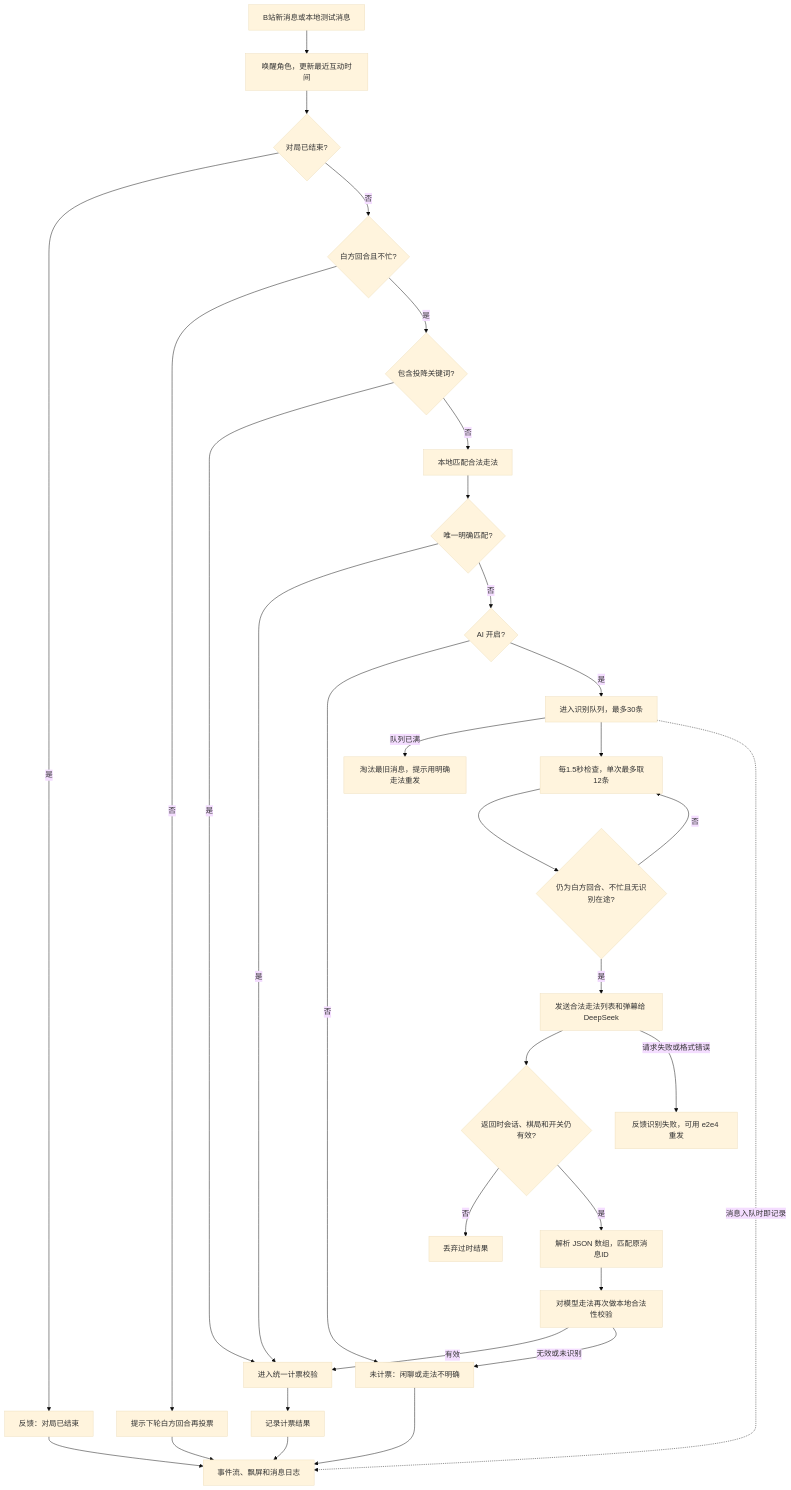
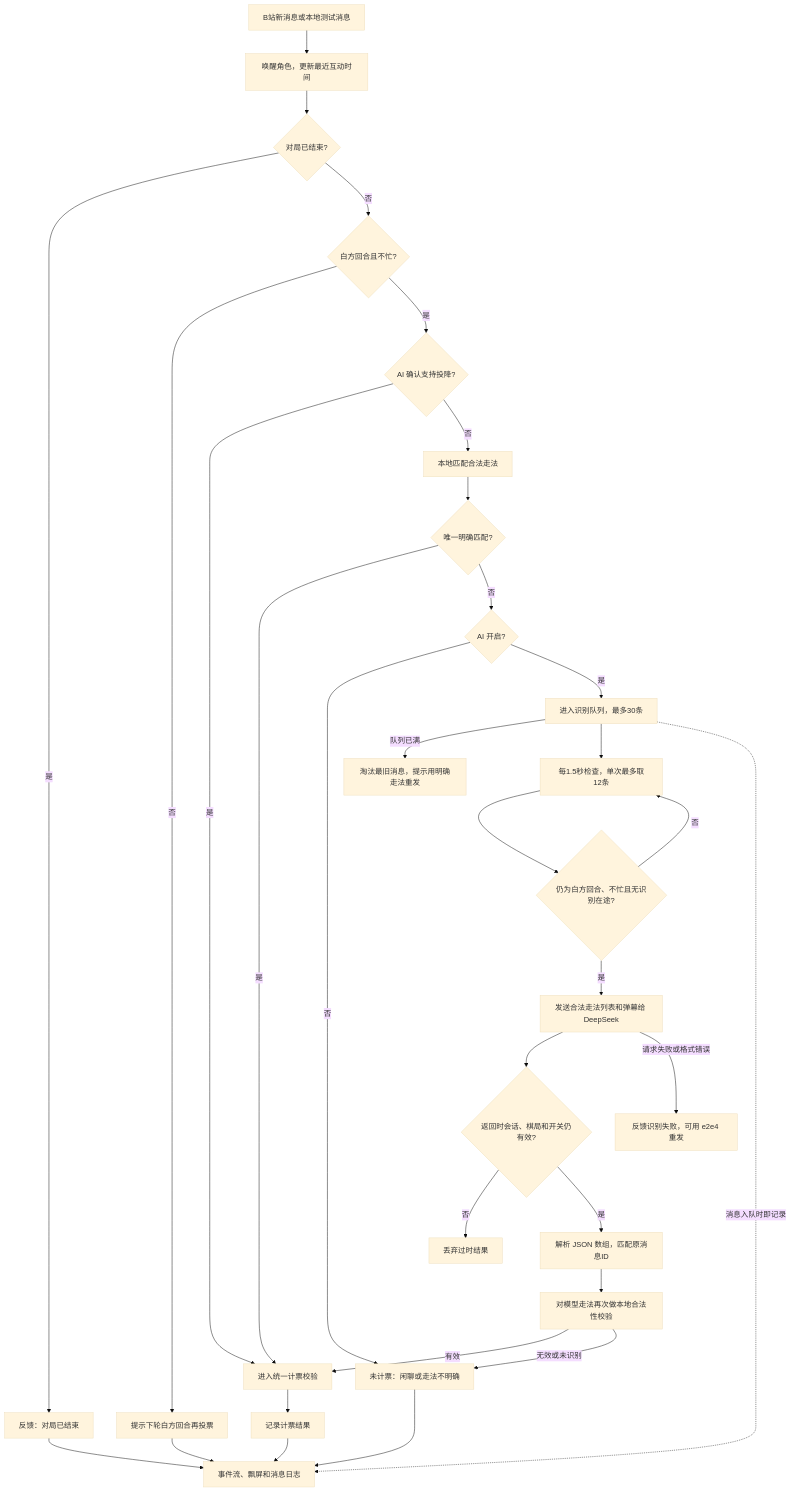
The fifth of 11 diagrams in docs/live-module-flow.md (kingshottmacrowskice-source/ChessClass), drawn with Mermaid (base theme) before and after one commit. The commit also changed other lines of this file and 22 other files, not shown here.

````diff
--- a/docs/live-module-flow.md
+++ b/docs/live-module-flow.md
@@ -152,34 +152,34 @@
 ```mermaid
 flowchart TD
     A[B站新消息或本地测试消息] --> B[唤醒角色，更新最近互动时间]
     B --> C{对局已结束?}
     C -->|是| D[反馈：对局已结束]
     C -->|否| G{白方回合且不忙?}
     G -->|否| H[提示下轮白方回合再投票]
-    G -->|是| E{包含投降关键词?}
+    G -->|是| E{AI 确认支持投降?}
     E -->|是| K[进入统一计票校验]
     E -->|否| I[本地匹配合法走法]
     I --> J{唯一明确匹配?}
     J -->|是| K
     J -->|否| L{AI 开启?}
     L -->|否| M[未计票：闲聊或走法不明确]
     L -->|是| N[进入识别队列，最多30条]
     N -->|队列已满| O[淘汰最旧消息，提示用明确走法重发]
     N --> P[每1.5秒检查，单次最多取12条]
     P --> Q{仍为白方回合、不忙且无识别在途?}
     Q -->|否| P
     Q -->|是| R[发送合法走法列表和弹幕给 DeepSeek]
     R --> S{返回时会话、棋局和开关仍有效?}
     S -->|否| T[丢弃过时结果]
     S -->|是| U[解析 JSON 数组，匹配原消息ID]
     U --> V[对模型走法再次做本地合法性校验]
     V -->|有效| K
     V -->|无效或未识别| M
     R -->|请求失败或格式错误| W[反馈识别失败，可用 e2e4 重发]
     K --> X[记录计票结果]
     D --> Y[事件流、飘屏和消息日志]
     H --> Y
     M --> Y
     N -.消息入队时即记录.-> Y
     X --> Y
 ```
````
